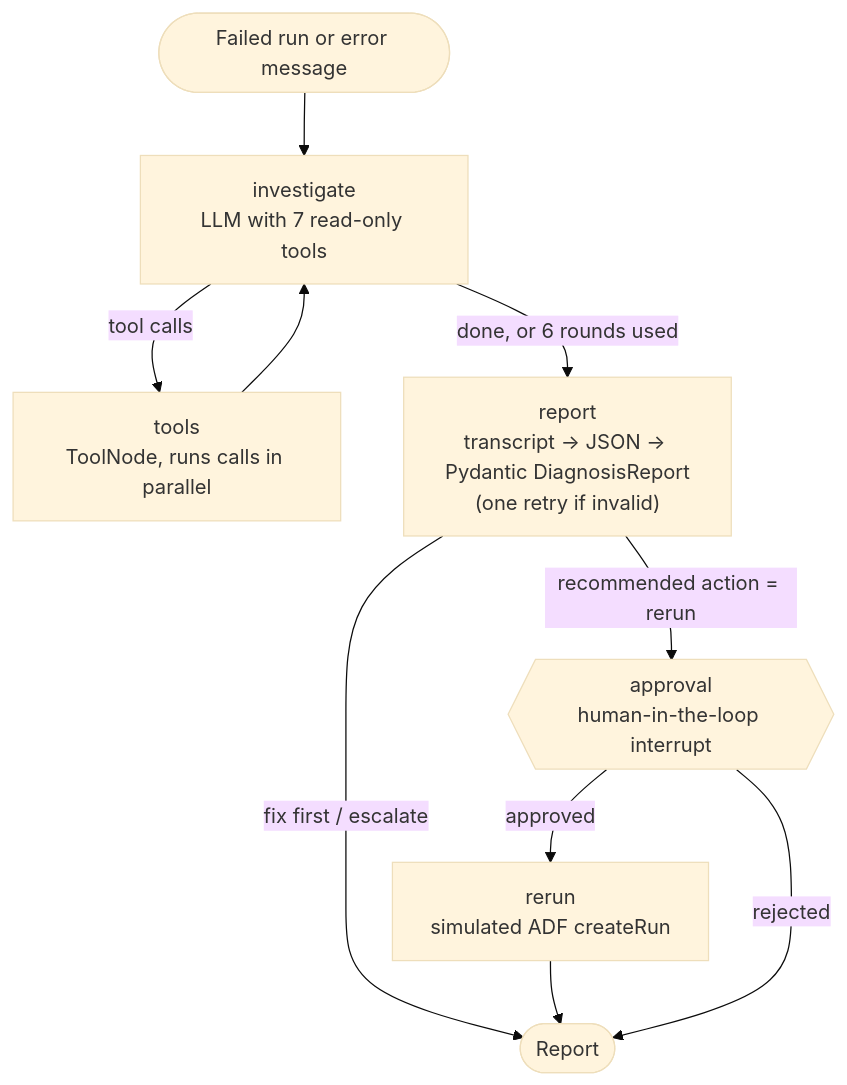
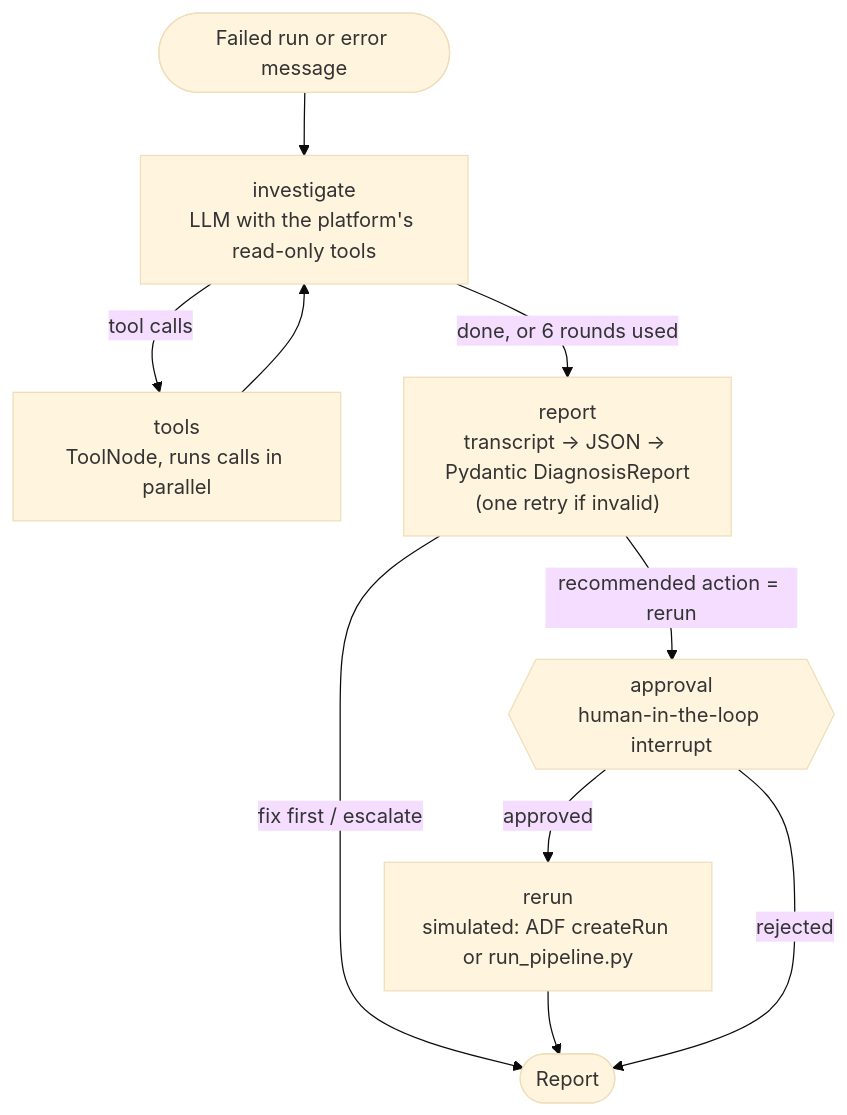
Before and after one commit to piyush60629/Pipeline-Incident-Agent: the diagram in README.md, drawn with Mermaid (base theme). The commit also changed other lines of this file and 5 other files, not shown here.

First line of the commit message:
Show the root error for lakehouse runs; README and interview notes for the lakehouse platform

````diff
--- a/README.md
+++ b/README.md
@@ -25,11 +32,11 @@
 ```mermaid
 flowchart TD
     start([Failed run or error message]) --> investigate
-    investigate["investigate<br/>LLM with 7 read-only tools"] -->|tool calls| tools["tools<br/>ToolNode, runs calls in parallel"]
+    investigate["investigate<br/>LLM with the platform's read-only tools"] -->|tool calls| tools["tools<br/>ToolNode, runs calls in parallel"]
     tools --> investigate
     investigate -->|"done, or 6 rounds used"| report["report<br/>transcript → JSON → Pydantic DiagnosisReport<br/>(one retry if invalid)"]
     report -->|recommended action = rerun| approval{{"approval<br/>human-in-the-loop interrupt"}}
     report -->|fix first / escalate| done([Report])
-    approval -->|approved| rerun["rerun<br/>simulated ADF createRun"] --> done
+    approval -->|approved| rerun["rerun<br/>simulated: ADF createRun or run_pipeline.py"] --> done
     approval -->|rejected| done
 ```
````
